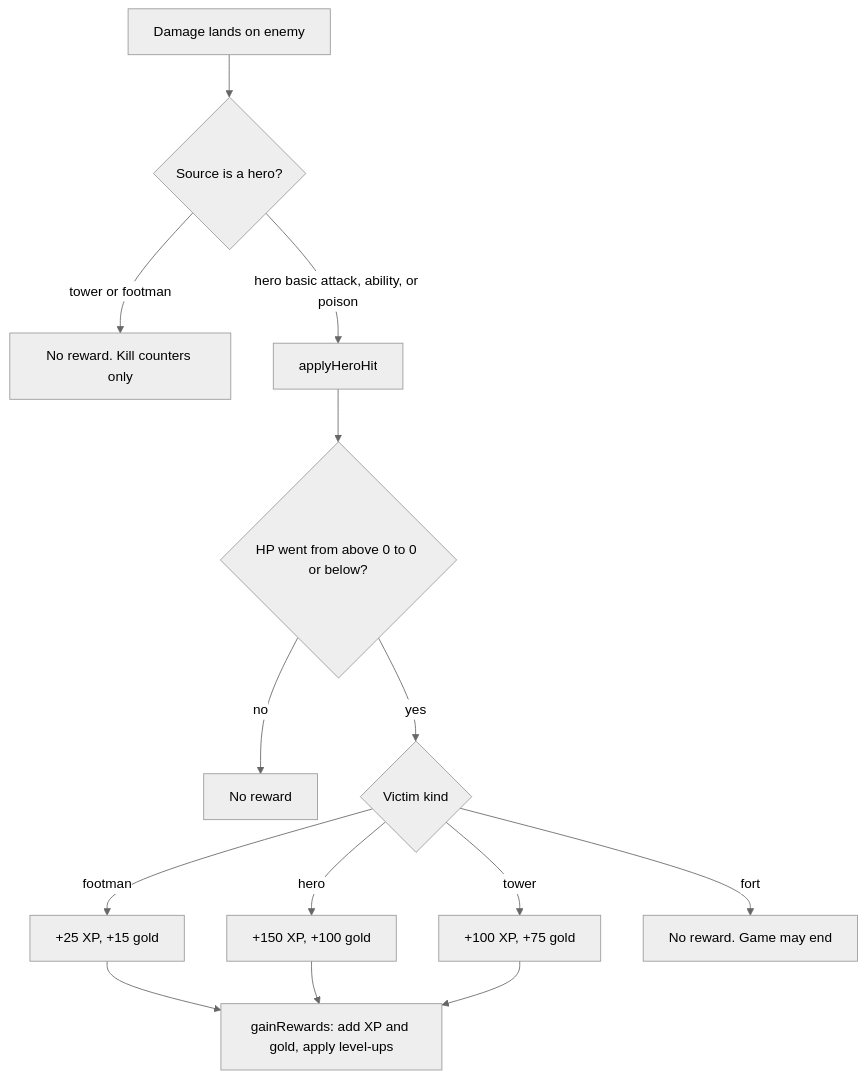
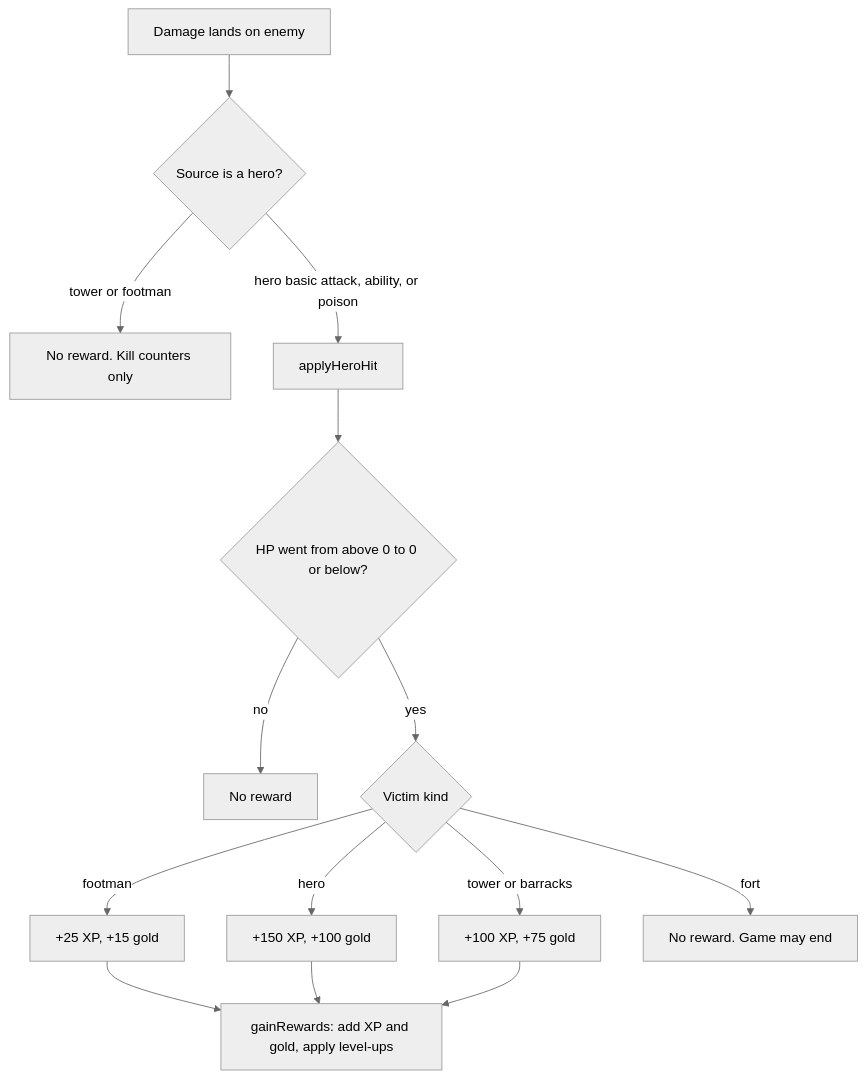
Before and after one commit to JBoggsy/player_labs: the diagram in gods_of_the_arena_lab/docs/leveling-economy.md, drawn with Mermaid (neutral theme). The commit also changed other lines of this file and 149 other files, not shown here.

````diff
--- a/gods_of_the_arena_lab/docs/leveling-economy.md
+++ b/gods_of_the_arena_lab/docs/leveling-economy.md
@@ -47,16 +48,16 @@
 ```mermaid
 flowchart TD
     A[Damage lands on enemy] --> B{Source is a hero?}
     B -- tower or footman --> N0[No reward. Kill counters only]
     B -- hero basic attack, ability, or poison --> C[applyHeroHit]
     C --> D{HP went from above 0 to 0 or below?}
     D -- no --> N1[No reward]
     D -- yes --> E{Victim kind}
     E -- footman --> F[+25 XP, +15 gold]
     E -- hero --> G[+150 XP, +100 gold]
-    E -- tower --> H[+100 XP, +75 gold]
+    E -- tower or barracks --> H[+100 XP, +75 gold]
     E -- fort --> N2[No reward. Game may end]
     F --> L[gainRewards: add XP and gold, apply level-ups]
     G --> L
     H --> L
 ```
````
